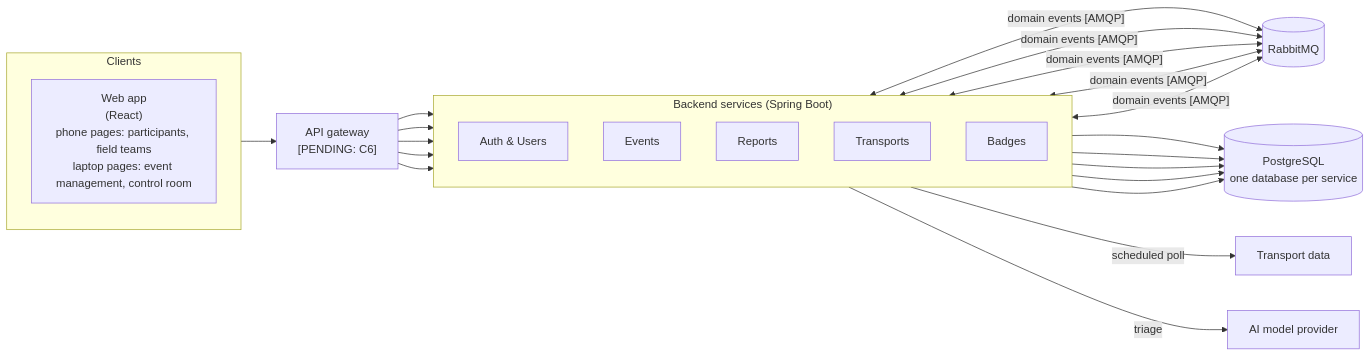
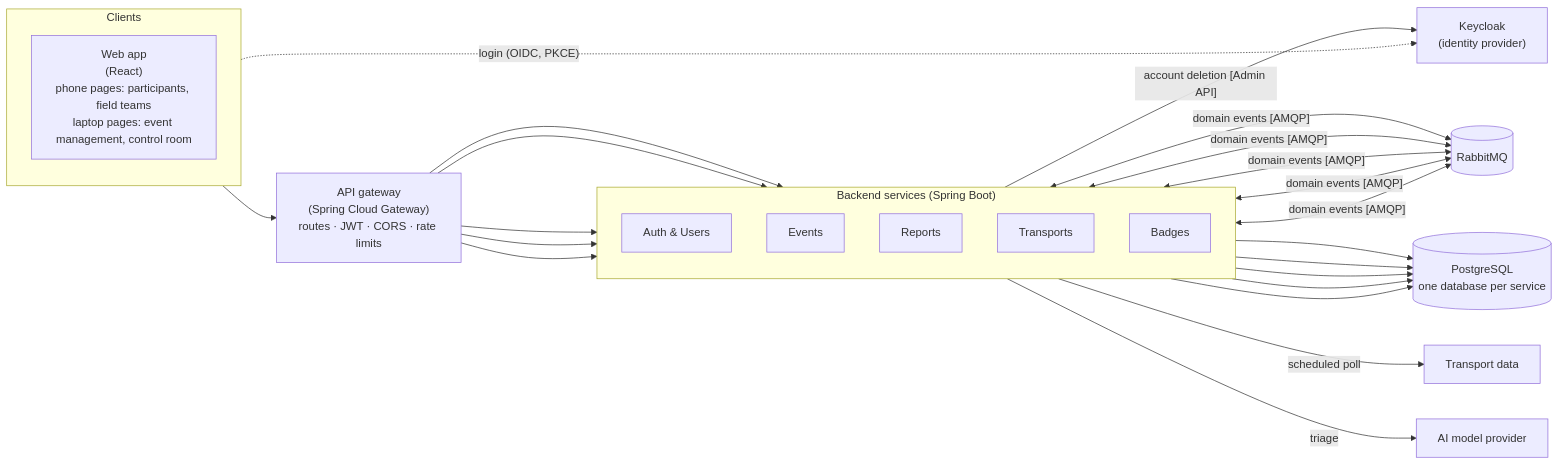
The second of 2 diagrams in Docs/Technical/architecture.md (tomasoliveira21/LABDSOF), drawn with Mermaid before and after one commit. The commit also changed other lines of this file and 7 other files, not shown here.

First line of the commit message:
Docs: Added documentation regarding identity and api gateway (#47)

````diff
--- a/Docs/Technical/architecture.md
+++ b/Docs/Technical/architecture.md
@@ -53,30 +53,33 @@
 ```mermaid
 flowchart LR
     subgraph Clients
         direction TB
         WEB["Web app<br/>(React)<br/>phone pages: participants, field teams<br/>laptop pages: event management, control room"]
     end
 
-    GW["API gateway<br/>[PENDING: C6]"]
+    GW["API gateway<br/>(Spring Cloud Gateway)<br/>routes · JWT · CORS · rate limits"]
+    KC["Keycloak<br/>(identity provider)"]
 
     subgraph Backend["Backend services (Spring Boot)"]
         direction TB
         AU["Auth & Users"]
         EV["Events"]
         RE["Reports"]
         TS["Transports"]
         BA["Badges"]
     end
 
     MQ[("RabbitMQ")]
     DBS[("PostgreSQL<br/>one database per service")]
     TR["Transport data"]
     LLM["AI model provider"]
 
     WEB --> GW
+    WEB -. "login (OIDC, PKCE)" .-> KC
     GW --> AU & EV & RE & TS & BA
+    AU -- "account deletion [Admin API]" --> KC
     AU & EV & RE & TS & BA <-- "domain events [AMQP]" --> MQ
     AU & EV & RE & TS & BA --> DBS
     TS -- "scheduled poll" --> TR
     RE -- "triage" --> LLM
 ```
````
